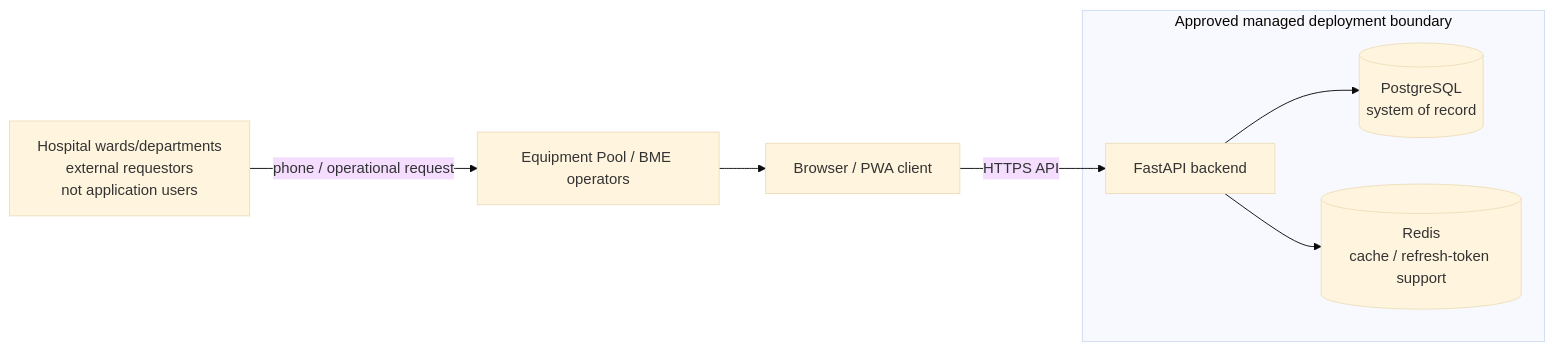
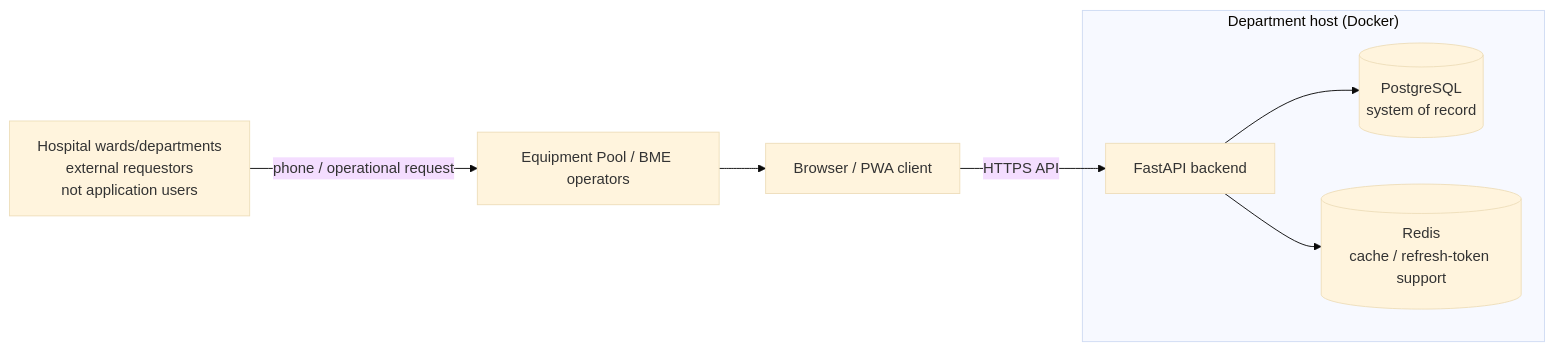
One commit to manmenex/medical-equipment-pool changed the first of 3 diagrams in docs/architecture/README.md. Above: the diagram before and after it, drawn with Mermaid (base theme). The commit also changed other lines of this file and 13 other files, not shown here.

First line of the commit message:
docs: align workflow and runbooks with reviewer-agent pipeline and department-host Production

````diff
--- a/docs/architecture/README.md
+++ b/docs/architecture/README.md
@@ -10,18 +18,18 @@
 ```mermaid
 flowchart LR
     Requestors["Hospital wards/departments\nexternal requestors\nnot application users"]
     Staff["Equipment Pool / BME operators"]
     Browser["Browser / PWA client"]
 
-    subgraph Managed["Approved managed deployment boundary"]
+    subgraph Host["Department host (Docker)"]
         API["FastAPI backend"]
         PG[("PostgreSQL\nsystem of record")]
         Redis[("Redis\ncache / refresh-token support")]
     end
 
     Requestors -->|"phone / operational request"| Staff
     Staff --> Browser
     Browser -->|"HTTPS API"| API
     API --> PG
     API --> Redis
 ```
````
